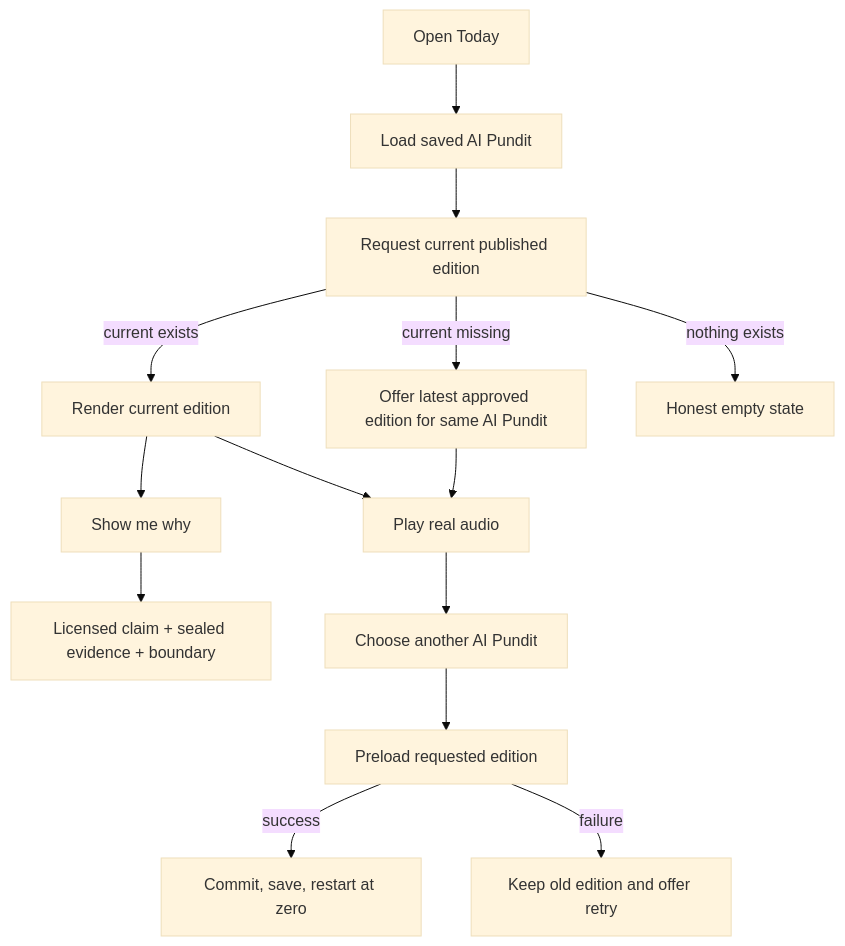
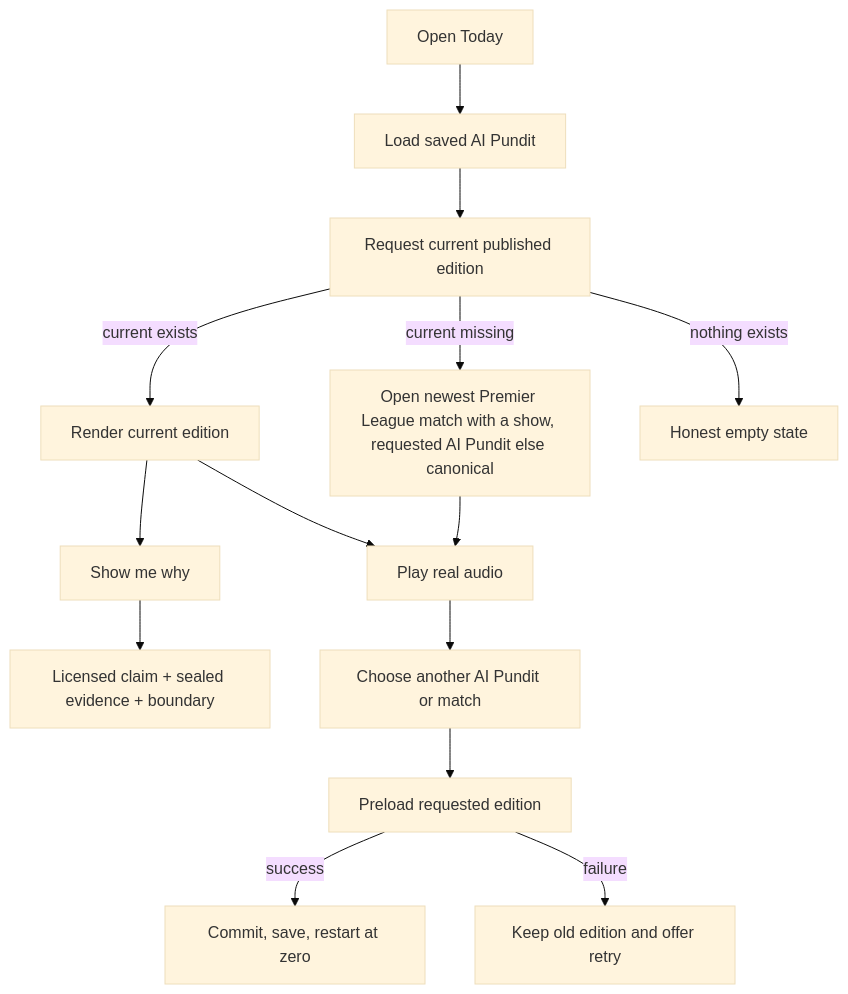
Before and after one commit to krishanraja/full-time: the first of 2 diagrams in docs/18-world-class-pundit-system.md, drawn with Mermaid (base theme). The commit also changed other lines of this file and 27 other files, not shown here.

First line of the commit message:
fix(today): pin the show that is playing, and write the one-match product into the docs

````diff
--- a/docs/18-world-class-pundit-system.md
+++ b/docs/18-world-class-pundit-system.md
@@ -32,16 +30,16 @@
 ```mermaid
 flowchart TD
     O["Open Today"] --> P["Load saved AI Pundit"]
     P --> C["Request current published edition"]
     C -->|"current exists"| V["Render current edition"]
-    C -->|"current missing"| L["Offer latest approved edition for same AI Pundit"]
+    C -->|"current missing"| L["Open newest Premier League match with a show, requested AI Pundit else canonical"]
     C -->|"nothing exists"| E["Honest empty state"]
     V --> A["Play real audio"]
     L --> A
     V --> Q["Show me why"]
     Q --> R["Licensed claim + sealed evidence + boundary"]
-    A --> S["Choose another AI Pundit"]
+    A --> S["Choose another AI Pundit or match"]
     S --> T["Preload requested edition"]
     T -->|"success"| U["Commit, save, restart at zero"]
     T -->|"failure"| K["Keep old edition and offer retry"]
 ```
````
